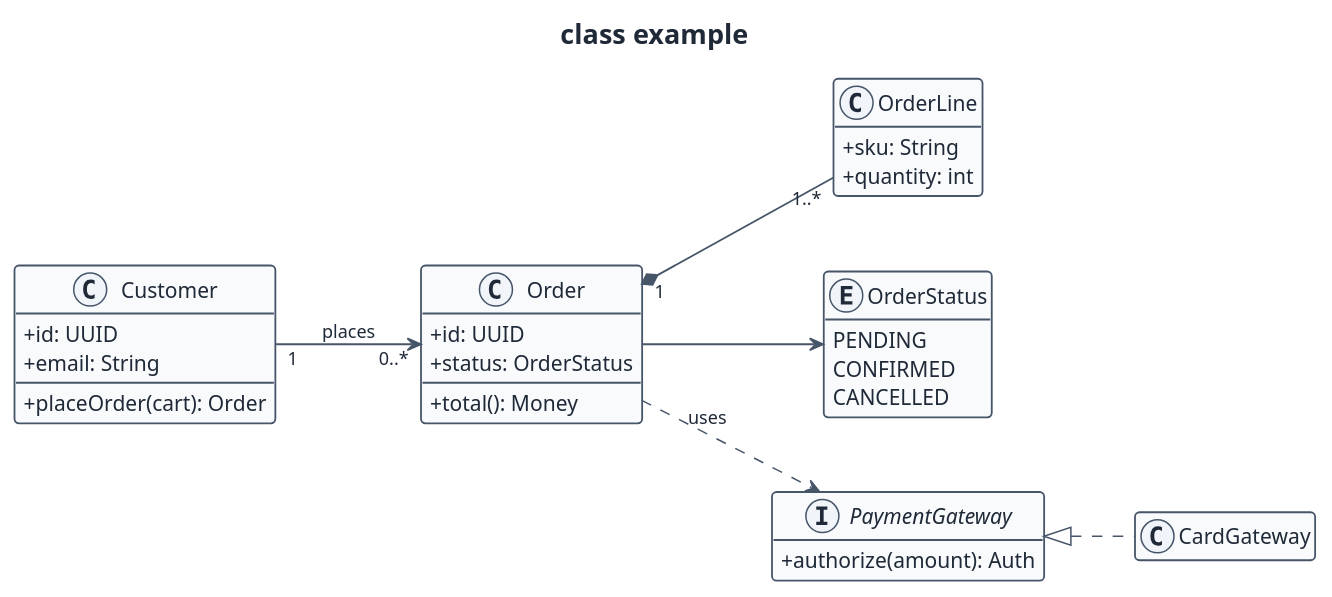
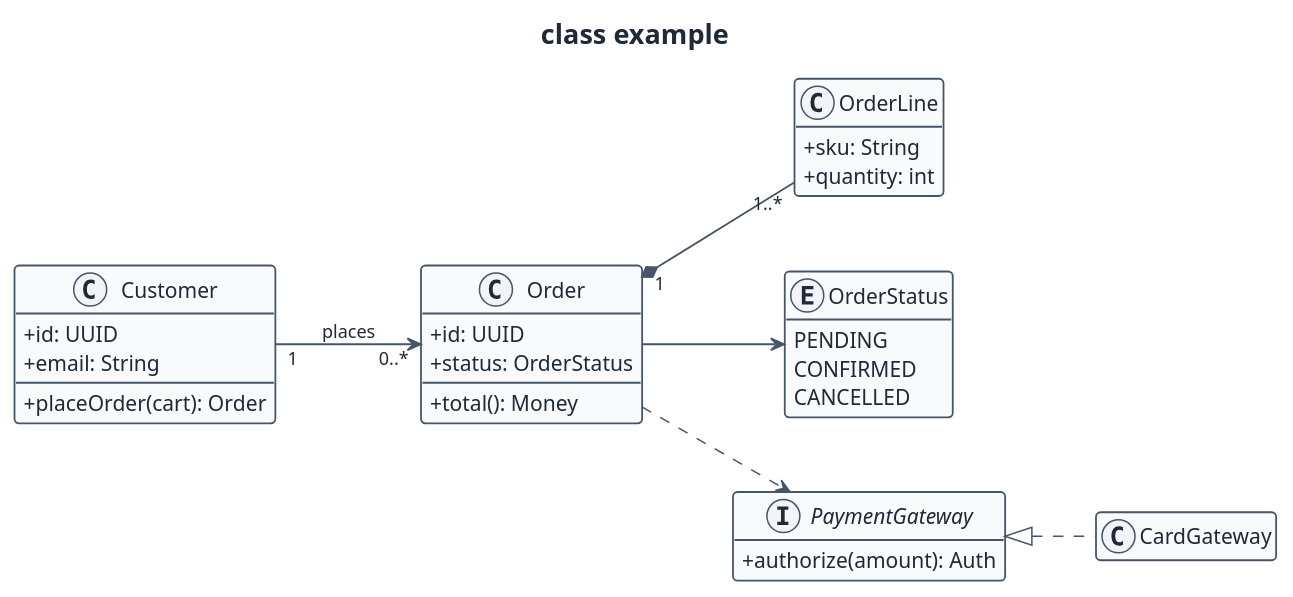
Before and after one commit to gregodouglas/plantuml-diagrams-skill: the diagram in skills/plantuml-diagrams/assets/templates/class.puml, drawn with PlantUML. The commit also changed 6 other files, not shown here.

First line of the commit message:
CI: run tests/run.sh against a pinned PlantUML (#14)

```diff
--- a/skills/plantuml-diagrams/assets/templates/class.puml
+++ b/skills/plantuml-diagrams/assets/templates/class.puml
@@ -1,72 +1,72 @@
 @startuml
 ' ---- house style (slide) ----
 skinparam shadowing false
 skinparam defaultFontName Helvetica
 skinparam maxMessageSize 180
 skinparam wrapWidth 180
 <style>
 root {
   FontName Helvetica
   FontSize 14
   FontColor #1F2937
 }
 element { BackgroundColor #F1F5F9; LineColor #475569; LineThickness 1.2; RoundCorner 6 }
 arrow   { LineColor #475569; LineThickness 1.2; FontSize 12; MaximumWidth 180 }
 note    { BackgroundColor #FFF7E0; LineColor #B45309; FontSize 12; MaximumWidth 220 }
 title   { FontSize 18; FontStyle bold }
 caption { FontSize 12; FontColor #64748B }
 legend  { FontSize 12; BackgroundColor white; LineColor #CBD5E1; MaximumWidth 320 }
 .accent { BackgroundColor #1D4ED8; FontColor white; LineColor #1E3A8A }
 .alert  { BackgroundColor #FEE2E2; FontColor #7F1D1D; LineColor #B91C1C }
 .muted  { BackgroundColor #F8FAFC; FontColor #64748B; LineColor #CBD5E1 }
 classDiagram {
   class { BackgroundColor #F8FAFC }
 }
 </style>
 hide stereotype
 ' ---- layout (Graphviz dot) ----
 skinparam linetype polyline
 skinparam nodesep 50
 skinparam ranksep 60
 left to right direction
 
 ' ---- body ----
 title class example
 hide empty members
 skinparam classAttributeIconSize 0
 skinparam groupInheritance 2
 
 ' Keep members to what the reader needs (3-6 per class). Use notes for detail.
 ' Multiplicities sit at their own end: A "1" --> "0..*" B puts 0..* at B. Build rows for wide models:
 ' A -> B same rank, A --> B next row; flip the arrowhead (A <-- B), not the operands, to keep rows.
 ' Enums: show them as attribute types; draw an enum box only when the diagram is about it.
 class Customer {
   +id: UUID
   +email: String
   +placeOrder(cart): Order
 }
 class Order {
   +id: UUID
   +status: OrderStatus
   +total(): Money
 }
 class OrderLine {
   +sku: String
   +quantity: int
 }
 enum OrderStatus {
   PENDING
   CONFIRMED
   CANCELLED
 }
 interface PaymentGateway {
   +authorize(amount): Auth
 }
 class CardGateway
 
 Customer "1" --> "0..*" Order : places
 Order    "1" *--  "1..*" OrderLine
 Order    -->  OrderStatus
-Order    ..>  PaymentGateway : uses
+Order    ..>  PaymentGateway
 PaymentGateway <|.. CardGateway
 @enduml
```
